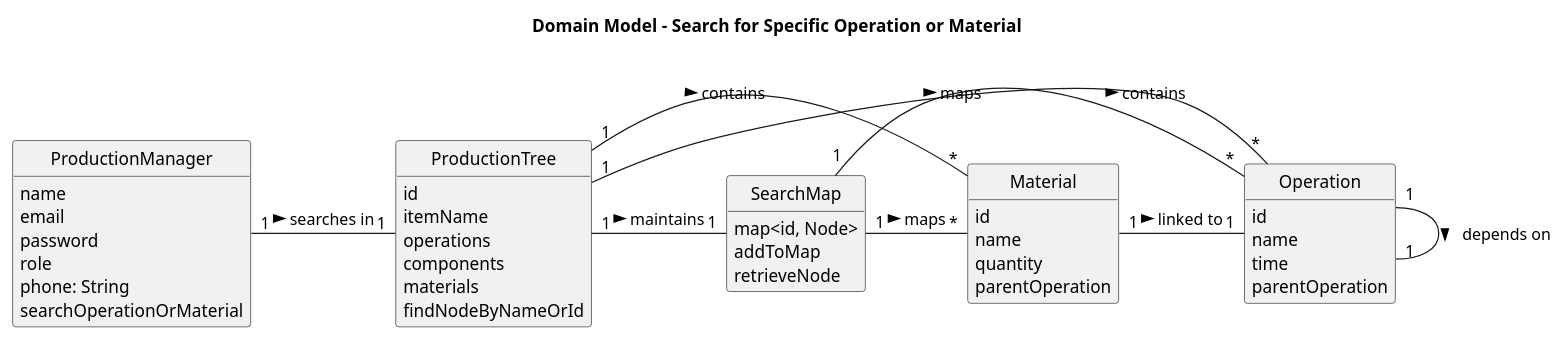
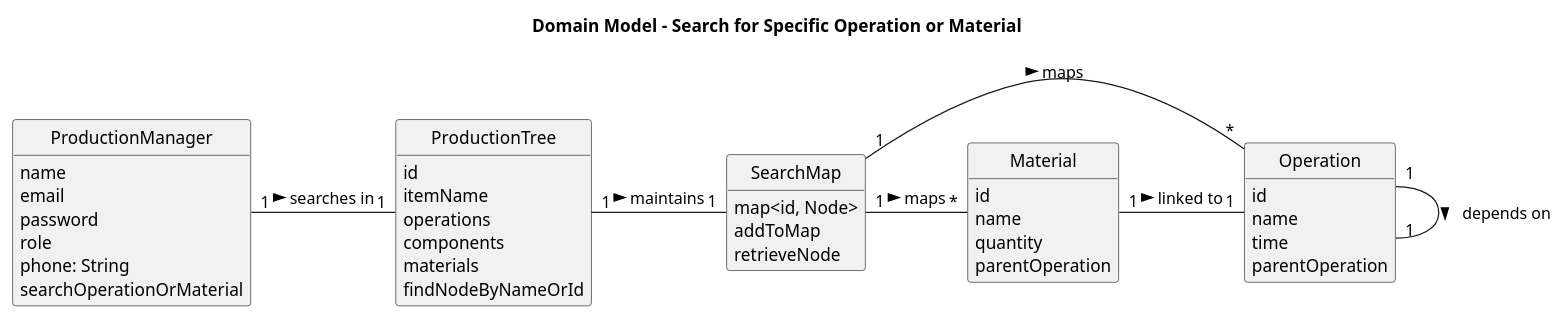
The diagram in Sprint2/documentation/USEI09/02.analysis/puml/USEI09-domain-model.puml (AmirMasnavi/Industrial-Production-Simulator), drawn with PlantUML before and after one commit.

Commit message:
domain model and SSD USEI09

```diff
--- a/Sprint2/documentation/USEI09/02.analysis/puml/USEI09-domain-model.puml
+++ b/Sprint2/documentation/USEI09/02.analysis/puml/USEI09-domain-model.puml
@@ -1,58 +1,57 @@
 @startuml
 skinparam monochrome true
 skinparam packageStyle rectangle
 skinparam shadowing false
 skinparam classAttributeIconSize 0
 
 hide circle
 hide methods
 
 title Domain Model - Search for Specific Operation or Material
 
 class ProductionManager {
     name
     email
     password
     role
     phone: String
     searchOperationOrMaterial
 }
 
 class ProductionTree {
     id
     itemName
     operations
     components
     materials
     findNodeByNameOrId
 }
 
 class Operation {
     id
     name
     time
     parentOperation
 }
 
 class Material {
     id
     name
     quantity
     parentOperation
 }
 
 class SearchMap {
     map<id, Node>
     addToMap
     retrieveNode
 }
 
 ProductionManager "1" - "1" ProductionTree : searches in >
-ProductionTree "1" - "*" Operation : contains >
-ProductionTree "1" - "*" Material : contains >
+
 ProductionTree "1" - "1" SearchMap : maintains >
 SearchMap "1" - "*" Operation : maps >
 SearchMap "1" - "*" Material : maps >
 Operation "1" - "1" Operation : depends on >
 Material "1" - "1" Operation : linked to >
 @enduml
```
